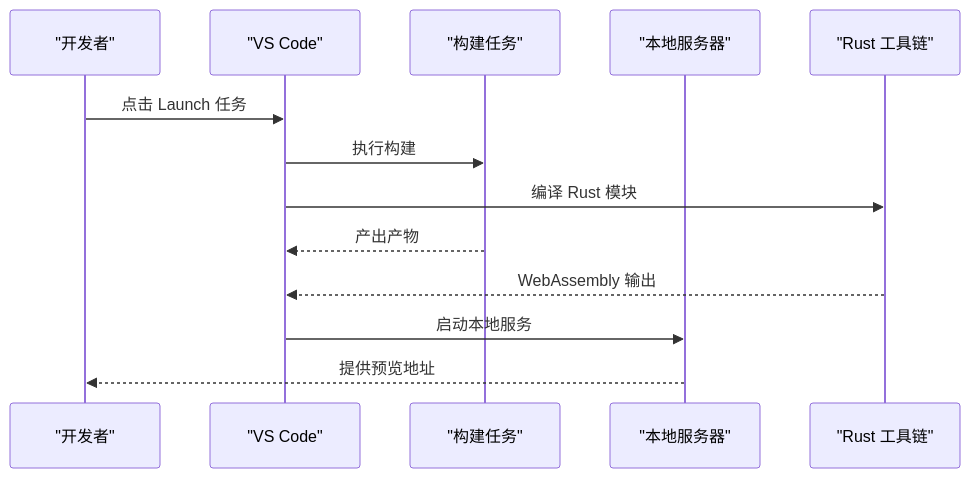
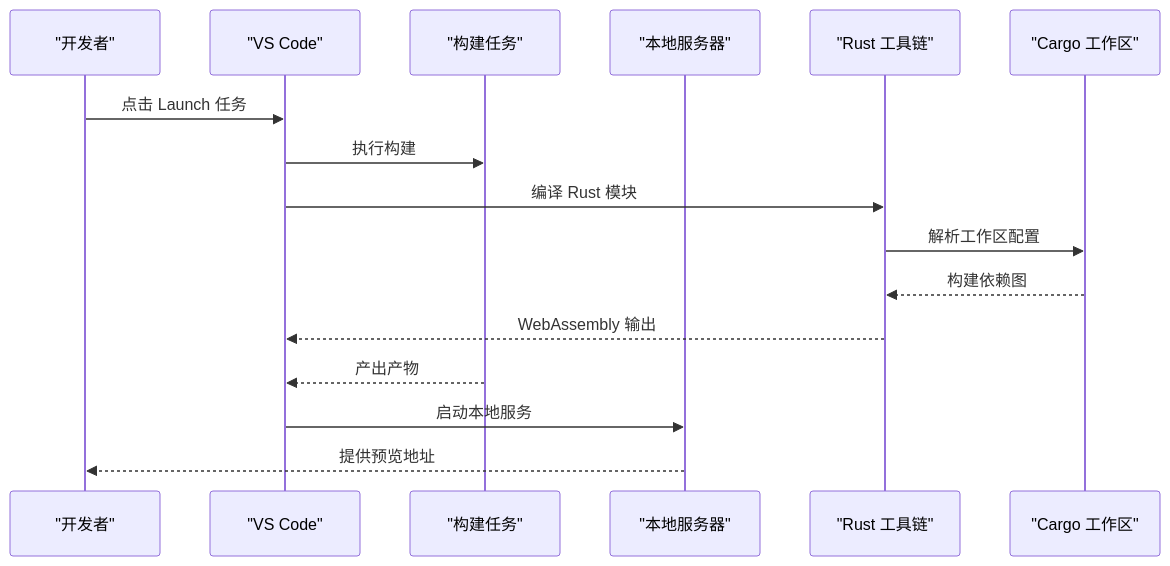
Before and after one commit to rzhangjing/cesium: the ninth of 10 diagrams in .qoder/repowiki/zh/content/项目概述/技术栈.md, drawn with Mermaid. The commit also changed other lines of this file and 1321 other files, not shown here.

````diff
--- a/.qoder/repowiki/zh/content/项目概述/技术栈.md
+++ b/.qoder/repowiki/zh/content/项目概述/技术栈.md
@@ -534,15 +570,18 @@
 ```mermaid
 sequenceDiagram
 participant Dev as "开发者"
 participant VSCode as "VS Code"
 participant Build as "构建任务"
 participant Server as "本地服务器"
 participant RustToolchain as "Rust 工具链"
+participant CargoWorkspace as "Cargo 工作区"
 Dev->>VSCode : 点击 Launch 任务
 VSCode->>Build : 执行构建
 VSCode->>RustToolchain : 编译 Rust 模块
+RustToolchain->>CargoWorkspace : 解析工作区配置
+CargoWorkspace-->>RustToolchain : 构建依赖图
+RustToolchain-->>VSCode : WebAssembly 输出
 Build-->>VSCode : 产出产物
-RustToolchain-->>VSCode : WebAssembly 输出
 VSCode->>Server : 启动本地服务
 Server-->>Dev : 提供预览地址
 ```
````
